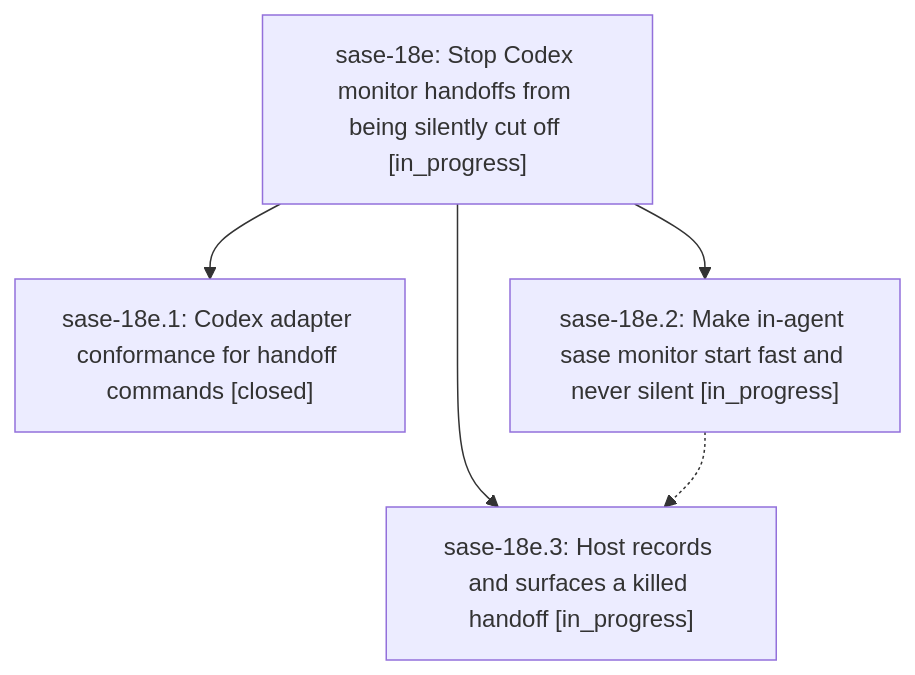
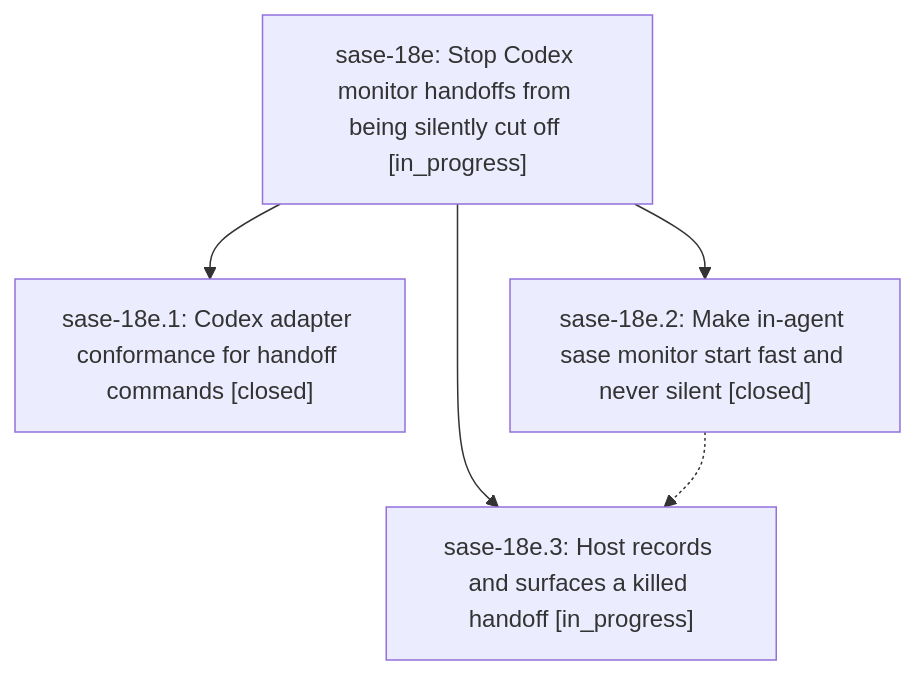
The diagram in pages/sase-18e/README.md (sase-org/sase--beads), drawn with Mermaid before and after one commit. The commit also changed other lines of this file and 3 other files, not shown here.

````diff
--- a/pages/sase-18e/README.md
+++ b/pages/sase-18e/README.md
@@ -24,11 +24,11 @@
 ```mermaid
 flowchart TD
     n0["sase-18e: Stop Codex monitor handoffs from being silently cut off [in_progress]"]
     n1["sase-18e.1: Codex adapter conformance for handoff commands [closed]"]
-    n2["sase-18e.2: Make in-agent sase monitor start fast and never silent [in_progress]"]
+    n2["sase-18e.2: Make in-agent sase monitor start fast and never silent [closed]"]
     n3["sase-18e.3: Host records and surfaces a killed handoff [in_progress]"]
     n0 --> n1
     n0 --> n2
     n0 --> n3
     n2 -.-> n3
 ```
````
